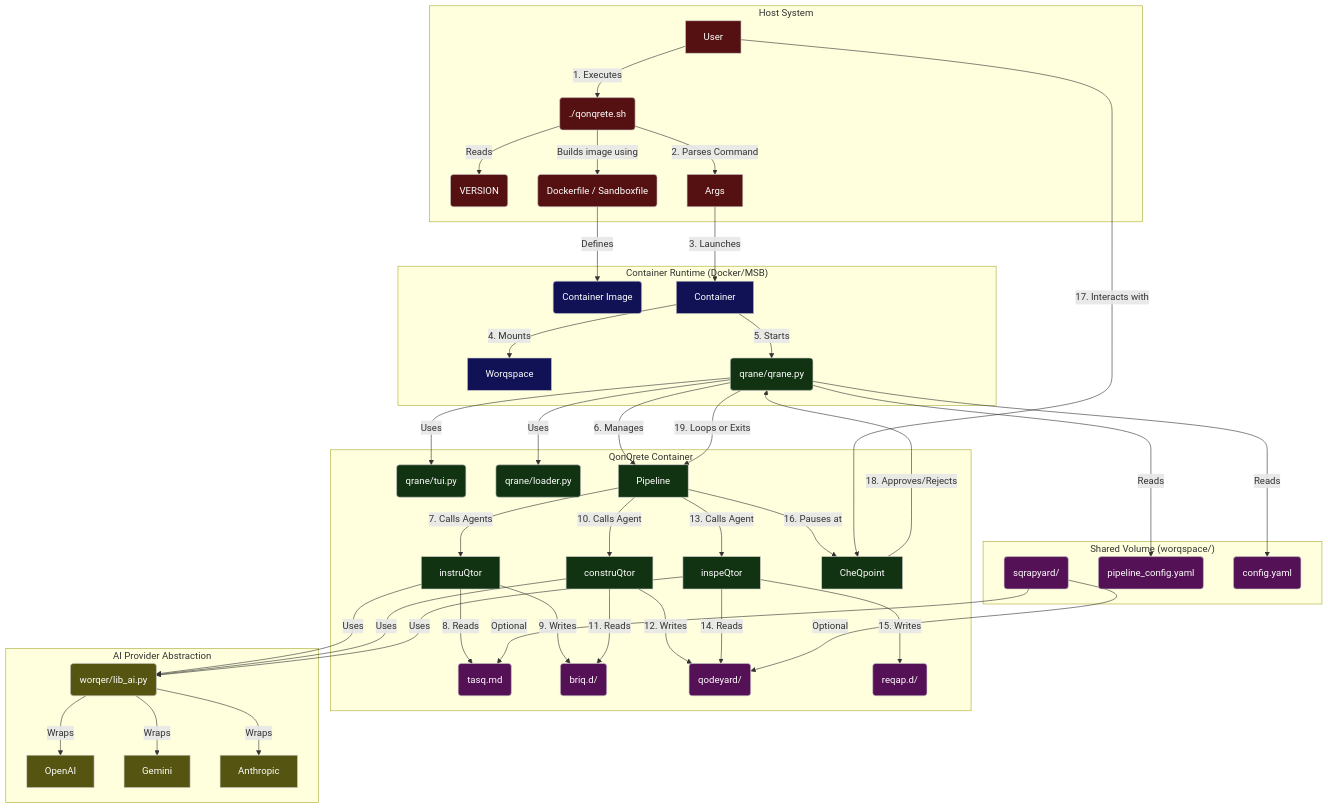
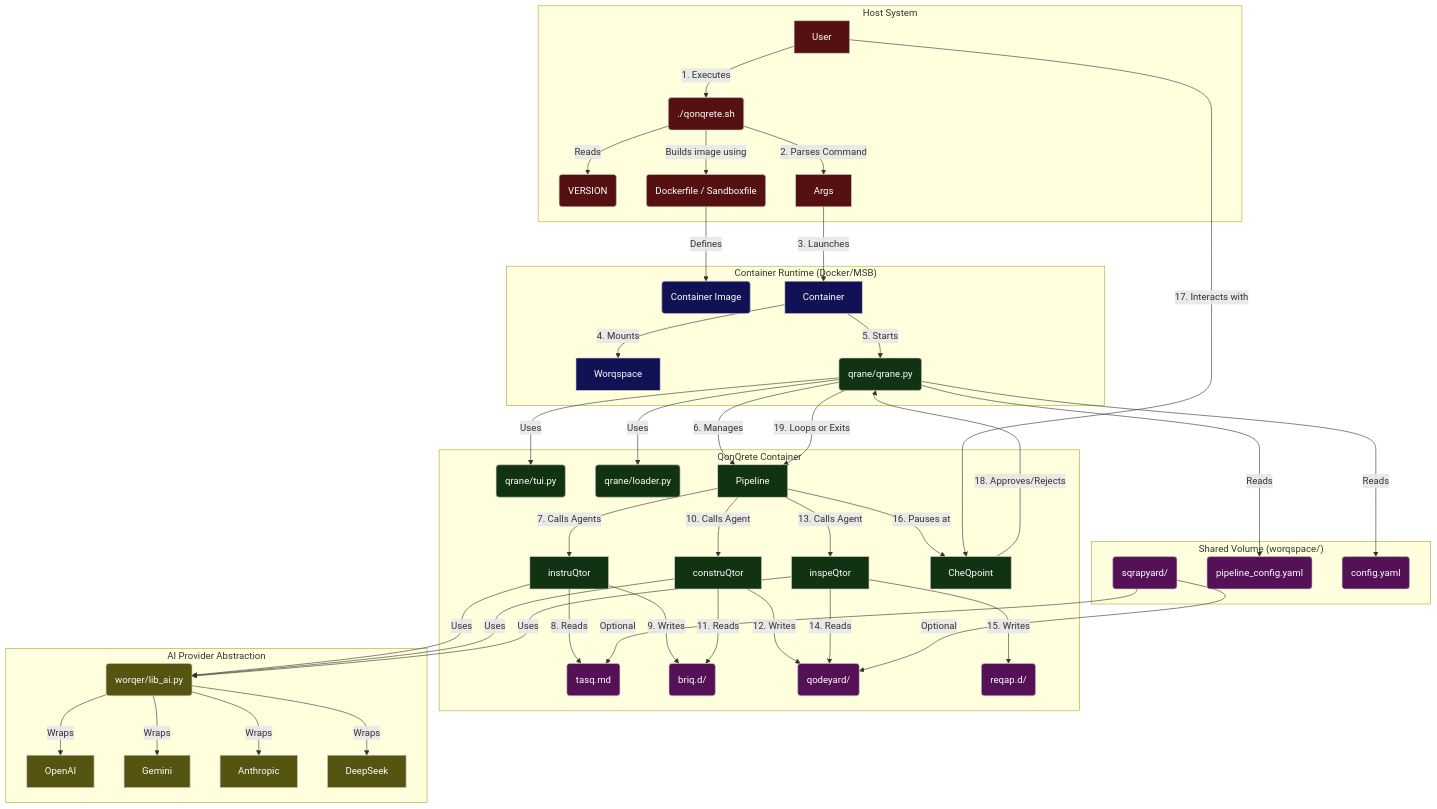
One commit to illdynamics/qonqrete changed the diagram in DOCUMENTATION.md. Above: the diagram before and after it, drawn with Mermaid. The commit also changed other lines of this file and 7 other files, not shown here.

Commit message:
feat: implement DeepSeek provider via CLI

````diff
--- a/DOCUMENTATION.md
+++ b/DOCUMENTATION.md
@@ -19,71 +19,72 @@
 ```mermaid
 graph TD
     subgraph Host System
         User -- 1. Executes --> Shell(./qonqrete.sh);
         Shell -- Reads --> VersionFile(VERSION);
         Shell -- Builds image using --> BuildFiles(Dockerfile / Sandboxfile);
         Shell -- 2. Parses Command --> Args;
     end
 
     subgraph "Container Runtime (Docker/MSB)"
         BuildFiles -- Defines --> Image(Container Image);
         Args -- 3. Launches --> Container;
         Container -- 4. Mounts --> Worqspace;
         Container -- 5. Starts --> Qrane;
     end
 
     subgraph "QonQrete Container"
         Qrane(qrane/qrane.py) -- Uses --> TUI(qrane/tui.py);
         Qrane -- Uses --> Loader(qrane/loader.py);
         Qrane -- 6. Manages --> Pipeline;
         Pipeline -- 7. Calls Agents --> instruQtor;
         instruQtor -- 8. Reads --> TasQ;
         instruQtor -- 9. Writes --> BriQs;
         Pipeline -- 10. Calls Agent --> construQtor;
         construQtor -- 11. Reads --> BriQs;
         construQtor -- 12. Writes --> Qodeyard;
         Pipeline -- 13. Calls Agent --> inspeQtor;
         inspeQtor -- 14. Reads --> Qodeyard;
         inspeQtor -- 15. Writes --> ReQap;
         Pipeline -- 16. Pauses at --> CheQpoint;
     end
 
     subgraph "Shared Volume (worqspace/)"
         Worqspace;
         Sqrapyard(sqrapyard/);
         Qrane -- Reads --> PConfig(pipeline_config.yaml);
         Qrane -- Reads --> Config(config.yaml);
         TasQ(tasq.md);
         BriQs(briq.d/);
         Qodeyard(qodeyard/);
         ReQap(reqap.d/);
         Sqrapyard -- Optional --> Qodeyard;
         Sqrapyard -- Optional --> TasQ;
     end
 
     subgraph "AI Provider Abstraction"
         LibAI(worqer/lib_ai.py);
         instruQtor -- Uses --> LibAI;
         construQtor -- Uses --> LibAI;
         inspeQtor -- Uses --> LibAI;
         LibAI -- Wraps --> OpenAI;
         LibAI -- Wraps --> Gemini;
         LibAI -- Wraps --> Anthropic;
+        LibAI -- Wraps --> DeepSeek;
     end
 
     User -- 17. Interacts with --> CheQpoint;
     CheQpoint -- 18. Approves/Rejects --> Qrane;
     Qrane -- 19. Loops or Exits --> Pipeline;
 
     classDef host fill:#511,stroke:#ccc,color:#fff;
     classDef container fill:#115,stroke:#ccc,color:#fff;
     classDef qonqrete fill:#131,stroke:#ccc,color:#fff;
     classDef volume fill:#515,stroke:#ccc,color:#fff;
     classDef abstraction fill:#551,stroke:#ccc,color:#fff;
 
     class User,Shell,Args,VersionFile,BuildFiles host;
     class Container,Worqspace,Image container;
     class Qrane,Pipeline,instruQtor,construQtor,inspeQtor,CheQpoint,TUI,Loader qonqrete;
     class TasQ,BriQs,Qodeyard,ReQap,Config,PConfig,Sqrapyard volume;
-    class LibAI,OpenAI,Gemini,Anthropic abstraction;
+    class LibAI,OpenAI,Gemini,Anthropic,DeepSeek abstraction;
 ```
````
